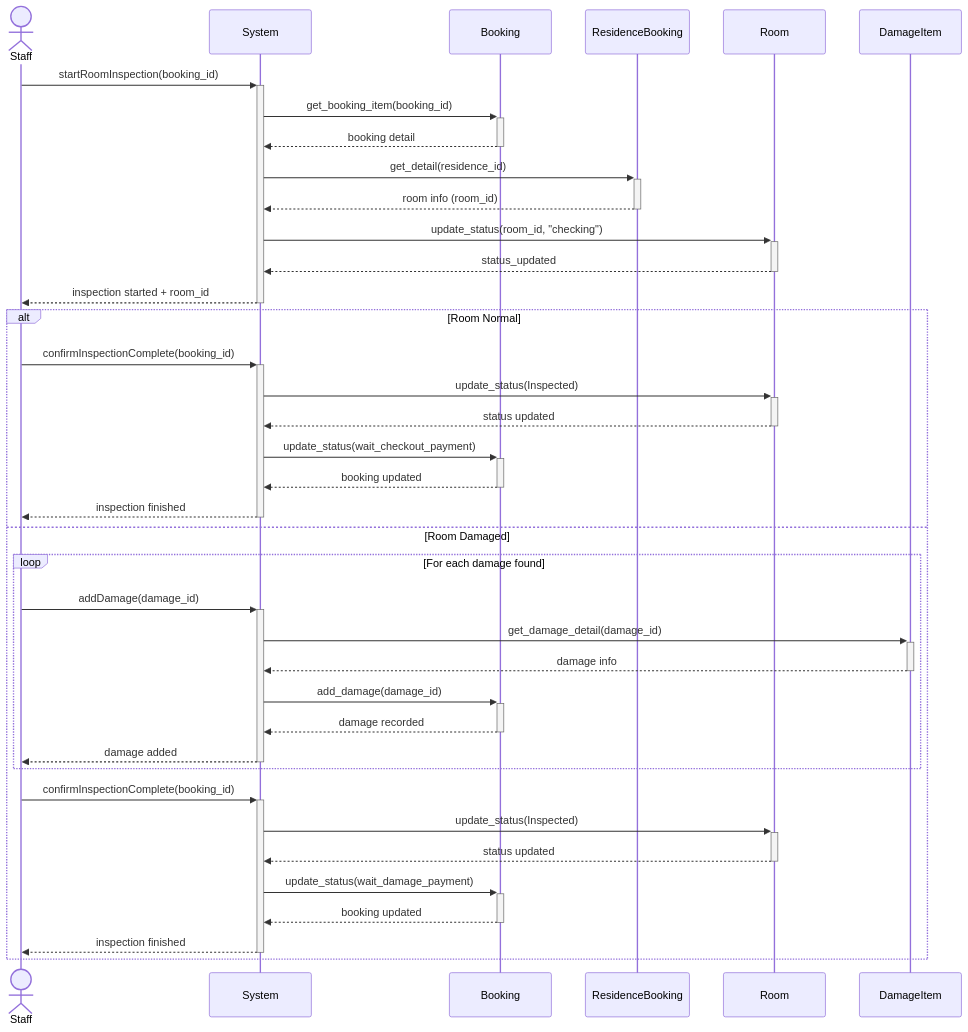
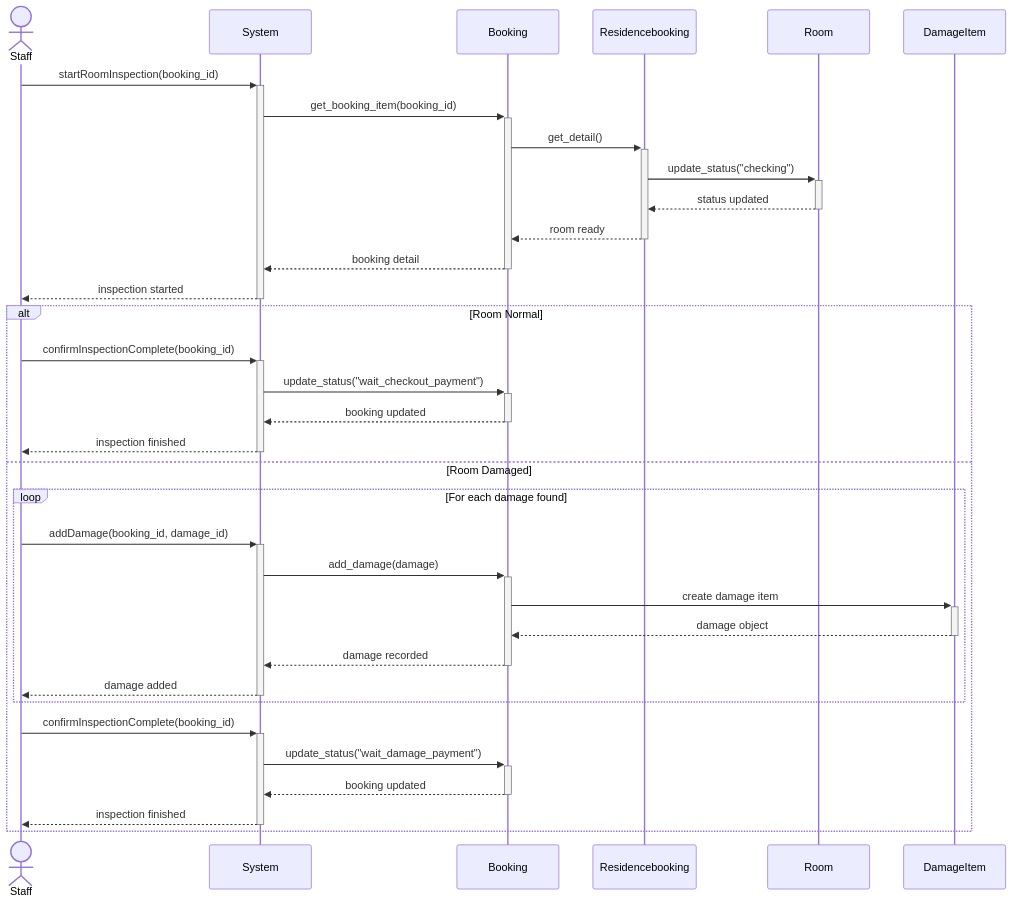
The diagram in checkroom.mmd (NamkingArea86/trip-oop-project), drawn with Mermaid before and after one commit. The commit also changed 3 other files, not shown here.

```diff
--- a/checkroom.mmd
+++ b/checkroom.mmd
@@ -1,55 +1,48 @@
 sequenceDiagram
 actor Staff
 participant System
 participant Booking
-participant ResidenceBooking
+participant Residencebooking
 participant Room
 participant DamageItem
 
 Staff->>+System: startRoomInspection(booking_id)
 
 System->>+Booking: get_booking_item(booking_id)
+Booking->>+Residencebooking: get_detail()
+Residencebooking->>+Room: update_status("checking")
+Room-->>-Residencebooking: status updated
+Residencebooking-->>-Booking: room ready
 Booking-->>-System: booking detail
 
-System->>+ResidenceBooking: get_detail(residence_id)
-ResidenceBooking-->>-System: room info (room_id)
+System-->>-Staff: inspection started
 
-System->>+Room: update_status(room_id, "checking")
-Room-->>-System: status_updated
-
-System-->>-Staff: inspection started + room_id
 
 alt Room Normal
     Staff->>+System: confirmInspectionComplete(booking_id)
 
-    System->>+Room: update_status(Inspected)
-    Room-->>-System: status updated
-
-    System->>+Booking: update_status(wait_checkout_payment)
+    System->>+Booking: update_status("wait_checkout_payment")
     Booking-->>-System: booking updated
 
     System-->>-Staff: inspection finished
 
+
 else Room Damaged
     loop For each damage found
-        Staff->>+System: addDamage(damage_id)
+        Staff->>+System: addDamage(booking_id, damage_id)
 
-        System->>+DamageItem: get_damage_detail(damage_id)
-        DamageItem-->>-System: damage info
-
-        System->>+Booking: add_damage(damage_id)
+        System->>+Booking: add_damage(damage)
+        Booking->>+DamageItem: create damage item
+        DamageItem-->>-Booking: damage object
         Booking-->>-System: damage recorded
 
         System-->>-Staff: damage added
     end
 
     Staff->>+System: confirmInspectionComplete(booking_id)
 
-    System->>+Room: update_status(Inspected)
-    Room-->>-System: status updated
-
-    System->>+Booking: update_status(wait_damage_payment)
+    System->>+Booking: update_status("wait_damage_payment")
     Booking-->>-System: booking updated
 
     System-->>-Staff: inspection finished
 end
```
